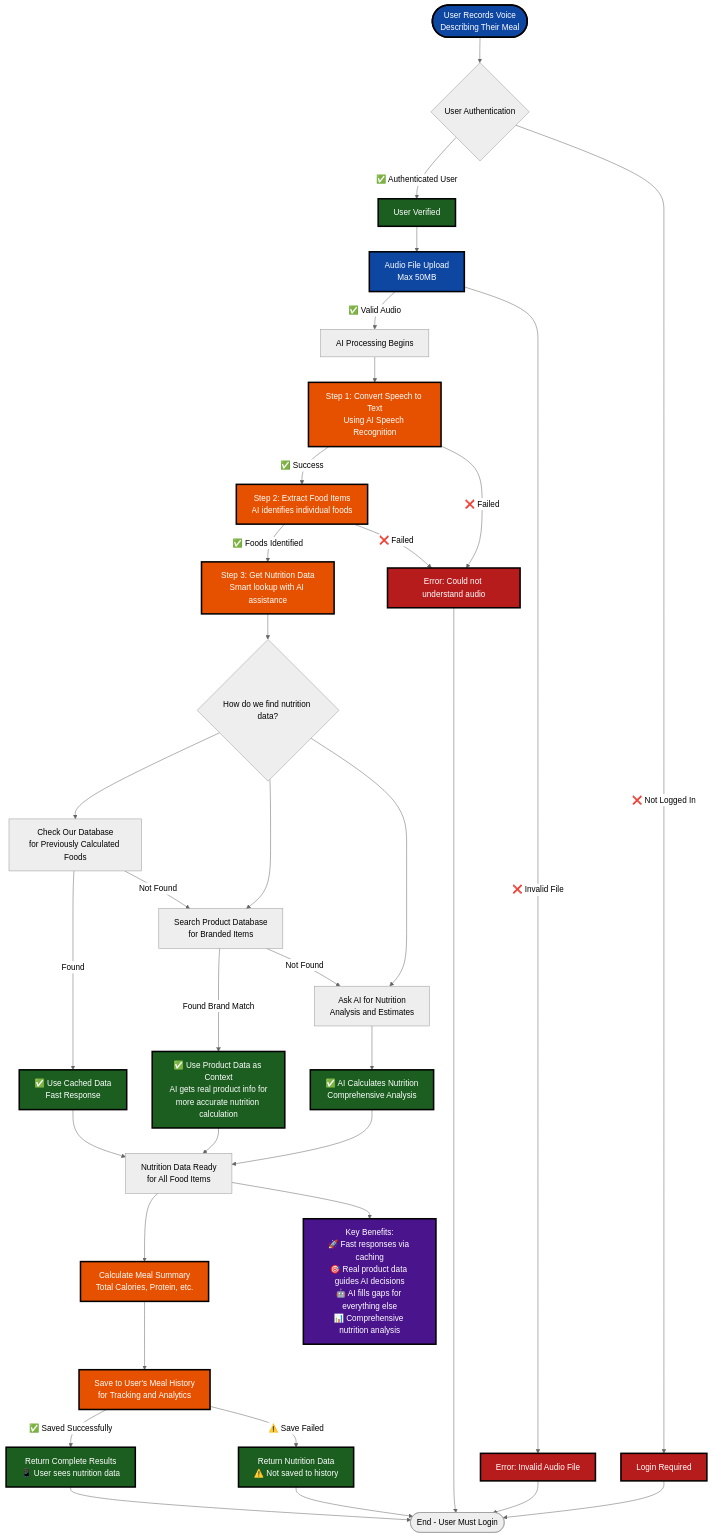
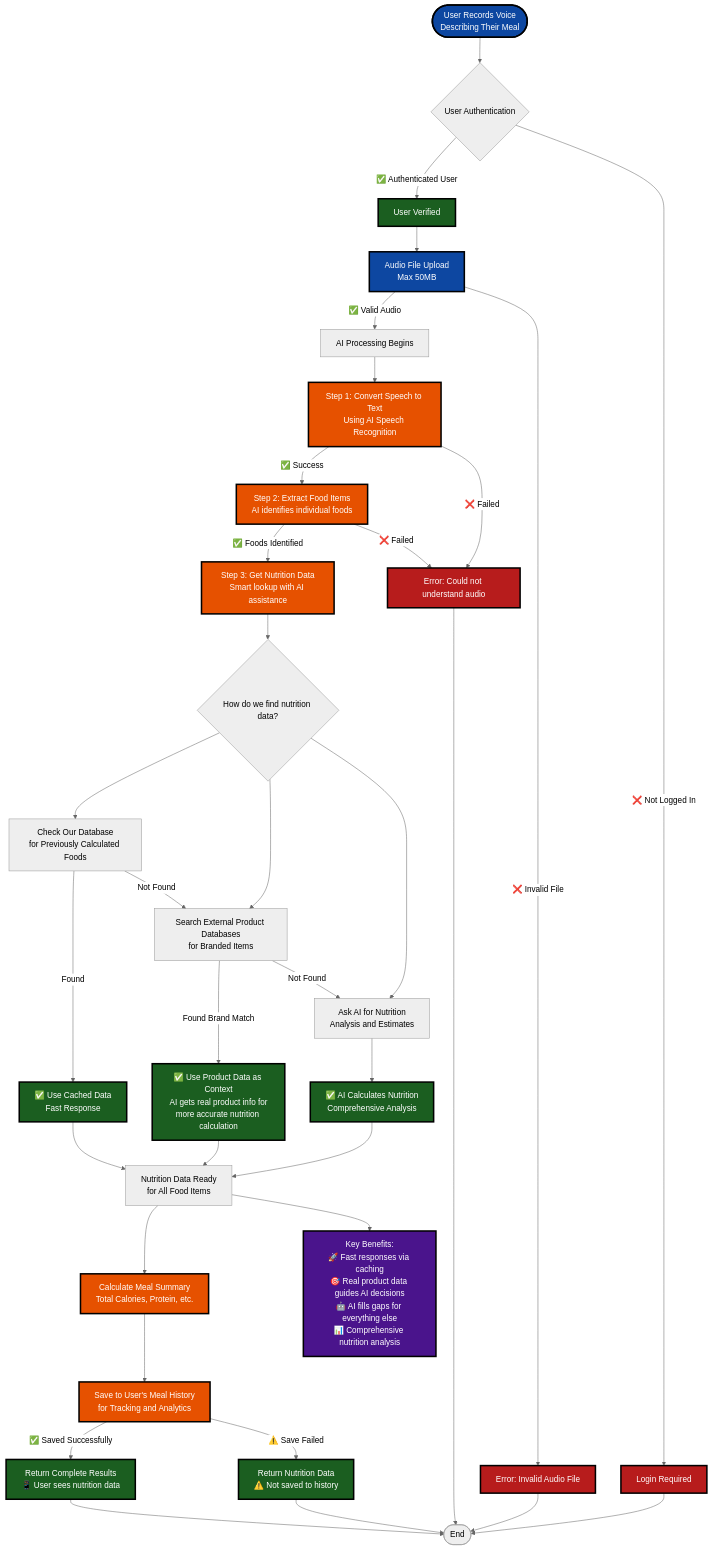
The diagram in README.md (noot-app/noot), drawn with Mermaid (neutral theme) before and after one commit.

Commit message:
Update consumption flow diagram to clarify user authentication and data source descriptions

````diff
--- a/README.md
+++ b/README.md
@@ -89,73 +89,73 @@
 ```mermaid
 graph TB
     %% User journey starts
     Start([User Records Voice<br/>Describing Their Meal]) --> Auth{User Authentication}
     
     %% Authentication - simplified
     Auth -->|✅ Authenticated User| AuthOK[User Verified]
     Auth -->|❌ Not Logged In| AuthFail[Login Required]
-    AuthFail --> End([End - User Must Login])
+    AuthFail --> End([End])
     
     %% Core processing flow
     AuthOK --> Upload[Audio File Upload<br/>Max 50MB]
     Upload -->|✅ Valid Audio| Process[AI Processing Begins]
     Upload -->|❌ Invalid File| UploadError[Error: Invalid Audio File]
     UploadError --> End
     
     %% AI Processing - simplified into logical steps
     Process --> Step1[Step 1: Convert Speech to Text<br/>Using AI Speech Recognition]
     Step1 -->|✅ Success| Step2[Step 2: Extract Food Items<br/>AI identifies individual foods]
     Step1 -->|❌ Failed| ProcessError[Error: Could not understand audio]
     ProcessError --> End
     
     Step2 -->|✅ Foods Identified| Step3[Step 3: Get Nutrition Data<br/>Smart lookup with AI assistance]
     Step2 -->|❌ Failed| ProcessError
     
     %% Smart nutrition lookup - business logic
     Step3 --> NutritionLookup{How do we find nutrition data?}
     
     %% Different data sources - simplified
     NutritionLookup --> Cache[Check Our Database<br/>for Previously Calculated Foods]
-    NutritionLookup --> ProductDB[Search Product Database<br/>for Branded Items]
+    NutritionLookup --> ProductDB[Search External Product Databases<br/>for Branded Items]
     NutritionLookup --> AI[Ask AI for Nutrition<br/>Analysis and Estimates]
     
     Cache -->|Found| UseCache[✅ Use Cached Data<br/>Fast Response]
     Cache -->|Not Found| ProductDB
     
     ProductDB -->|Found Brand Match| UseProduct[✅ Use Product Data as Context<br/>AI gets real product info for<br/>more accurate nutrition calculation]
     ProductDB -->|Not Found| AI
     
     AI --> UseAI[✅ AI Calculates Nutrition<br/>Comprehensive Analysis]
     
     %% All paths lead to nutrition data
     UseCache --> NutritionReady[Nutrition Data Ready<br/>for All Food Items]
     UseProduct --> NutritionReady
     UseAI --> NutritionReady
     
     %% Final steps - user value
     NutritionReady --> Summary[Calculate Meal Summary<br/>Total Calories, Protein, etc.]
     Summary --> Save[Save to User's Meal History<br/>for Tracking and Analytics]
     
     %% Success response
     Save -->|✅ Saved Successfully| Success[Return Complete Results<br/>📱 User sees nutrition data]
     Save -->|⚠️ Save Failed| PartialSuccess[Return Nutrition Data<br/>⚠️ Not saved to history]
     
     Success --> End
     PartialSuccess --> End
     
     %% Key benefits callout
     NutritionReady --> Benefits[Key Benefits:<br/>🚀 Fast responses via caching<br/>🎯 Real product data guides AI decisions<br/>🤖 AI fills gaps for everything else<br/>📊 Comprehensive nutrition analysis]
     
     %% Styling for business audience - High contrast for accessibility
     classDef userAction fill:#0D47A1,stroke:#000000,stroke-width:3px,color:#FFFFFF
     classDef success fill:#1B5E20,stroke:#000000,stroke-width:3px,color:#FFFFFF
     classDef error fill:#B71C1C,stroke:#000000,stroke-width:3px,color:#FFFFFF
     classDef process fill:#E65100,stroke:#000000,stroke-width:3px,color:#FFFFFF
     classDef benefit fill:#4A148C,stroke:#000000,stroke-width:3px,color:#FFFFFF
     
     class Start,Upload userAction
     class AuthOK,UseCache,UseProduct,UseAI,Success,PartialSuccess success
     class AuthFail,UploadError,ProcessError error
     class Step1,Step2,Step3,Summary,Save process
     class Benefits benefit
 ```
````
